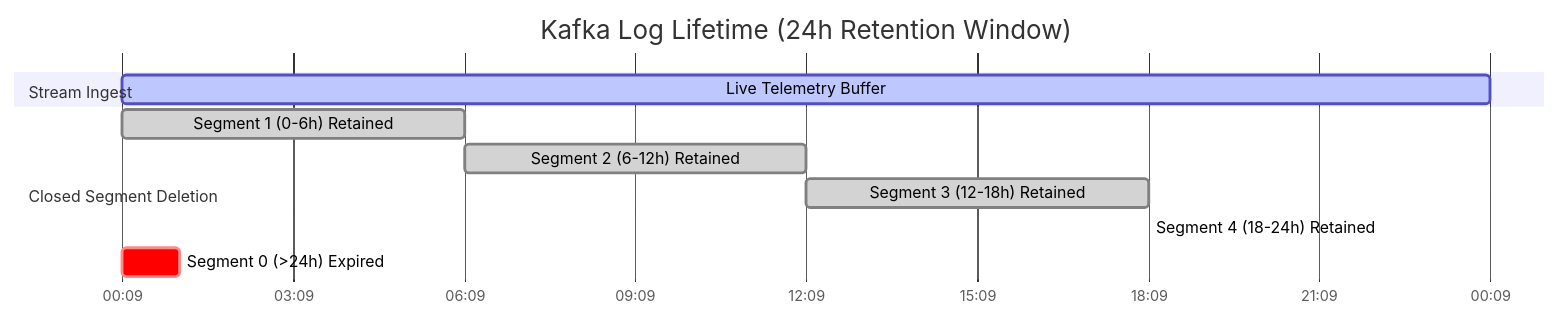
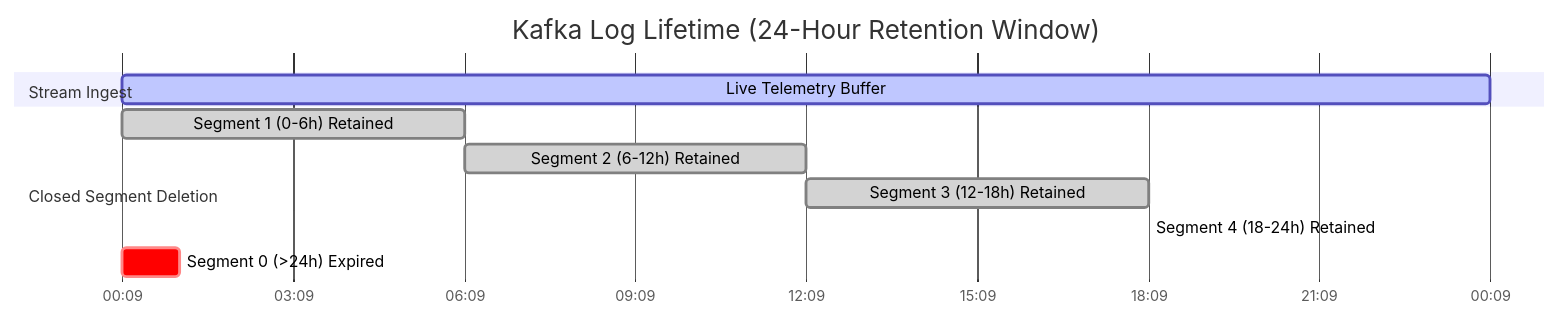
The seventh of 12 diagrams in docs/configDoc/kafka-configuration-guide.md (Chief-Strategist-J/llm-obs-infra), drawn with Mermaid before and after one commit. The commit also changed other lines of this file, not shown here.

Commit message:
docs(kafka): fix Mermaid diagram rendering syntax and convert parameter breakdowns to structured Markdown tables

````diff
--- a/docs/configDoc/kafka-configuration-guide.md
+++ b/docs/configDoc/kafka-configuration-guide.md
@@ -278,15 +175,15 @@
 ```mermaid
 gantt
-    title Kafka Log Lifetime (24h Retention Window)
+    title Kafka Log Lifetime (24-Hour Retention Window)
     dateFormat HH:mm
     axisFormat %H:%m
 
     section Stream Ingest
     Live Telemetry Buffer          :active, stream, 00:00, 24h
     section Closed Segment Deletion
     Segment 1 (0-6h) Retained      :done, seg1, 00:00, 06:00
     Segment 2 (6-12h) Retained     :done, seg2, 06:00, 12:00
     Segment 3 (12-18h) Retained    :done, seg3, 12:00, 18:00
     Segment 4 (18-24h) Retained    :done, seg4, 18:00, 24:00
     Segment 0 (>24h) Expired      :crit, seg0, 00:00, 01:00
 ```
````
